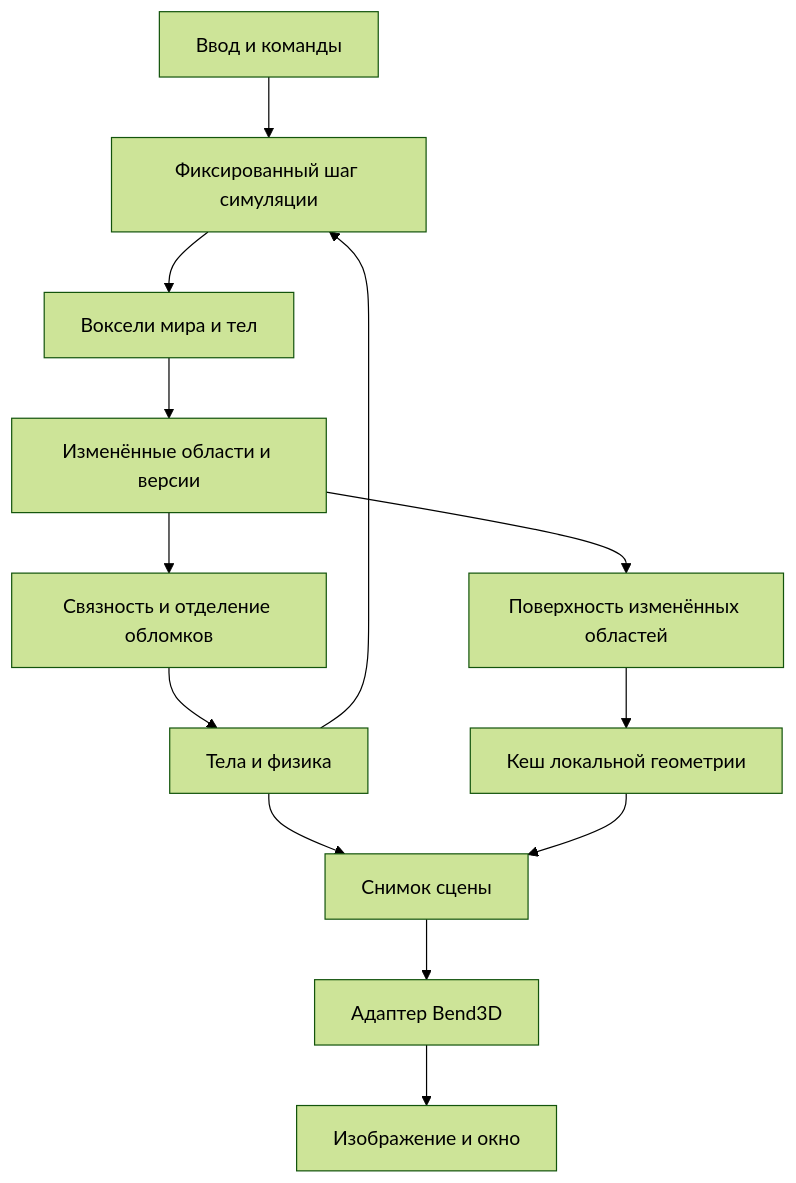
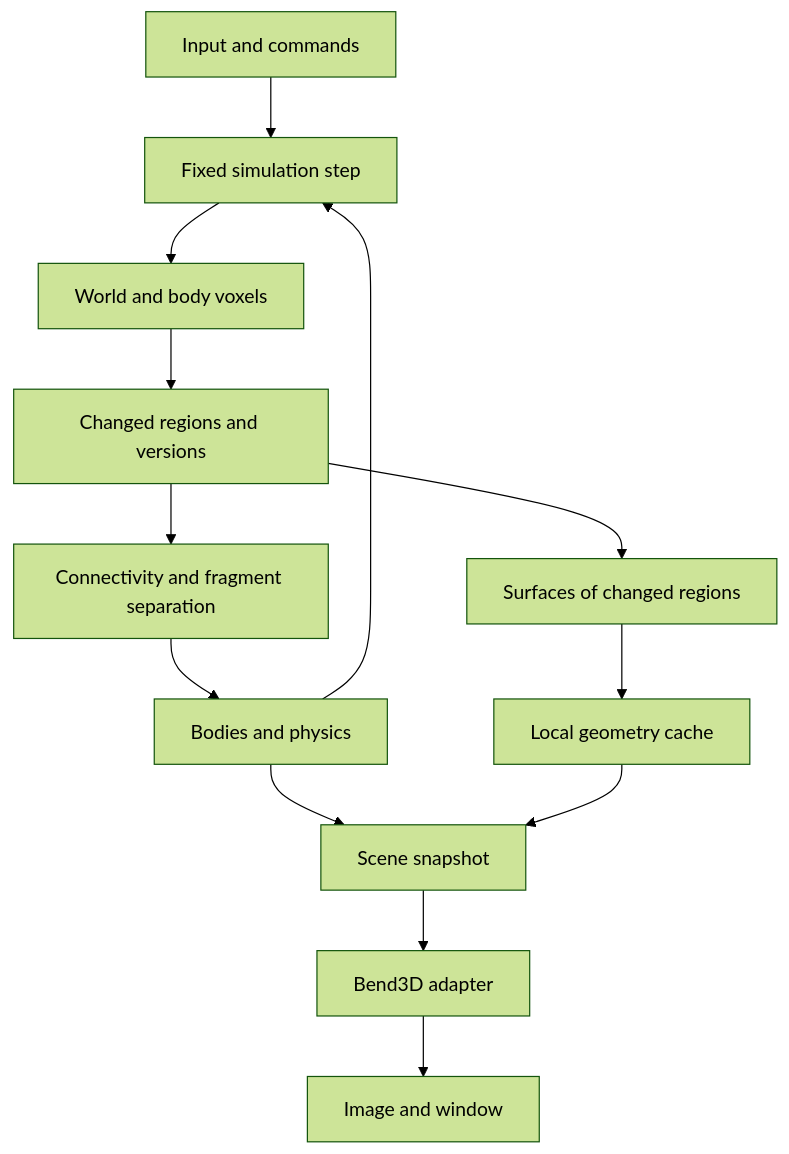
One commit to aivv73/bend-voxel changed the diagram in docs/architecture.md. Above: the diagram before and after it, drawn with Mermaid (forest theme). The commit also changed other lines of this file and 84 other files, not shown here.

````diff
--- a/docs/architecture.md
+++ b/docs/architecture.md
@@ -15,15 +15,15 @@
 ```mermaid
 flowchart TD
-  Input[Ввод и команды] --> Sim[Фиксированный шаг симуляции]
-  Sim --> Vox[Воксели мира и тел]
-  Vox --> Change[Изменённые области и версии]
-  Change --> Connect[Связность и отделение обломков]
-  Connect --> Bodies[Тела и физика]
+  Input[Input and commands] --> Sim[Fixed simulation step]
+  Sim --> Vox[World and body voxels]
+  Vox --> Change[Changed regions and versions]
+  Change --> Connect[Connectivity and fragment separation]
+  Connect --> Bodies[Bodies and physics]
   Bodies --> Sim
-  Change --> Mesh[Поверхность изменённых областей]
-  Mesh --> Cache[Кеш локальной геометрии]
-  Bodies --> View[Снимок сцены]
+  Change --> Mesh[Surfaces of changed regions]
+  Mesh --> Cache[Local geometry cache]
+  Bodies --> View[Scene snapshot]
   Cache --> View
-  View --> Renderer[Адаптер Bend3D]
-  Renderer --> Window[Изображение и окно]
+  View --> Renderer[Bend3D adapter]
+  Renderer --> Window[Image and window]
 ```
````
